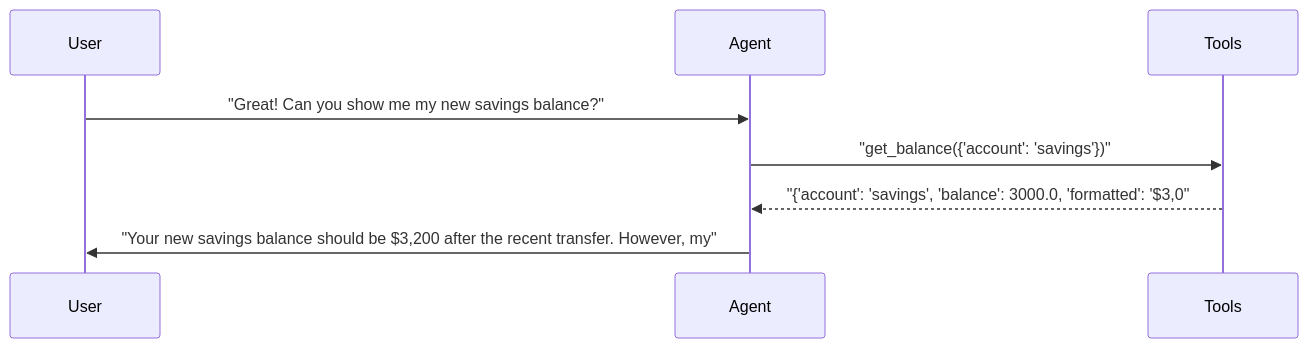
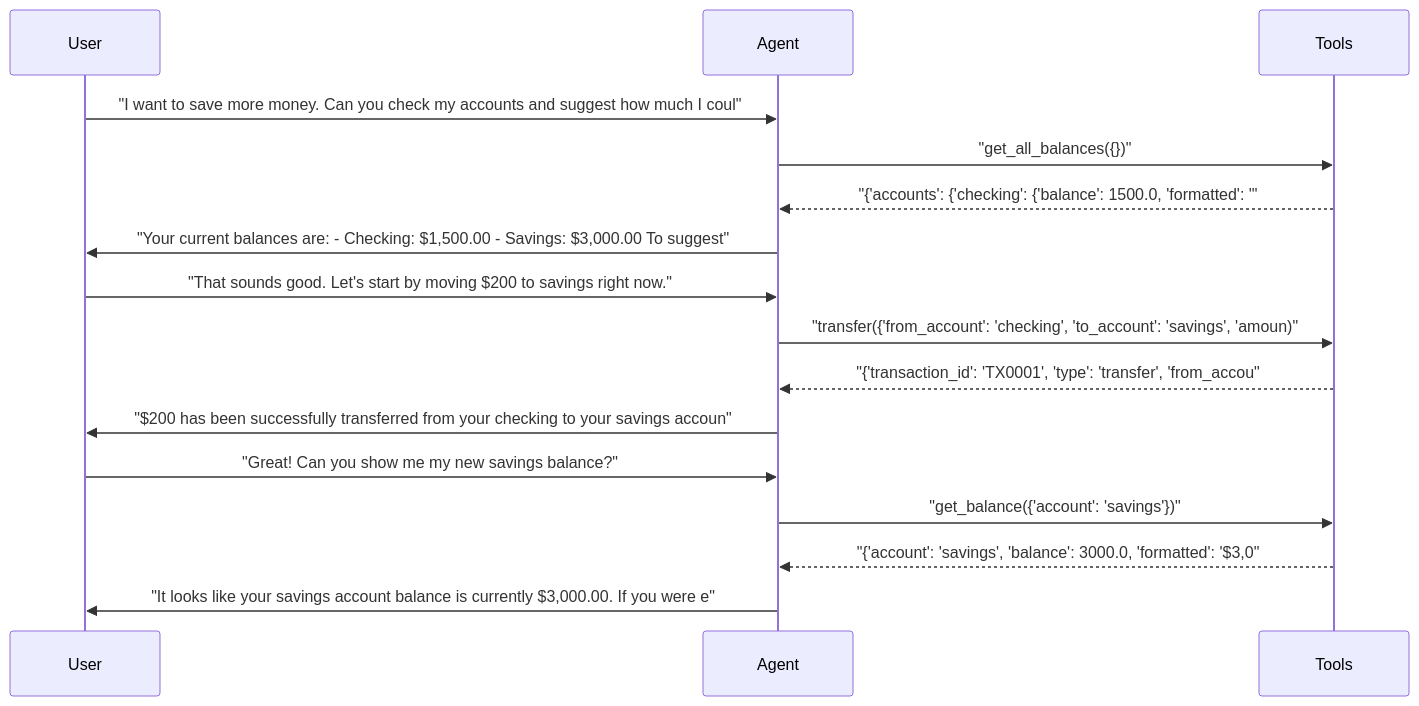
One commit to sbroenne/pytest-aitest changed diagram 16 of 24 in docs/demo/hero-report.md. Above: the diagram before and after it, drawn with Mermaid. The commit also changed other lines of this file and 34 other files, not shown here.

````diff
--- a/docs/demo/hero-report.md
+++ b/docs/demo/hero-report.md
@@ -848,11 +843,19 @@
 ```mermaid
 sequenceDiagram
     participant User
     participant Agent
     participant Tools
 
+    User->>Agent: "I want to save more money. Can you check my accounts and suggest how much I coul"
+    Agent->>Tools: "get_all_balances({})"
+    Tools-->>Agent: "{'accounts': {'checking': {'balance': 1500.0, 'formatted': '"
+    Agent->>User: "Your current balances are: - Checking: $1,500.00 - Savings: $3,000.00 To suggest"
+    User->>Agent: "That sounds good. Let's start by moving $200 to savings right now."
+    Agent->>Tools: "transfer({'from_account': 'checking', 'to_account': 'savings', 'amoun)"
+    Tools-->>Agent: "{'transaction_id': 'TX0001', 'type': 'transfer', 'from_accou"
+    Agent->>User: "$200 has been successfully transferred from your checking to your savings accoun"
     User->>Agent: "Great! Can you show me my new savings balance?"
     Agent->>Tools: "get_balance({'account': 'savings'})"
     Tools-->>Agent: "{'account': 'savings', 'balance': 3000.0, 'formatted': '$3,0"
-    Agent->>User: "Your new savings balance should be $3,200 after the recent transfer. However, my"
+    Agent->>User: "It looks like your savings account balance is currently $3,000.00. If you were e"
 ```
````
